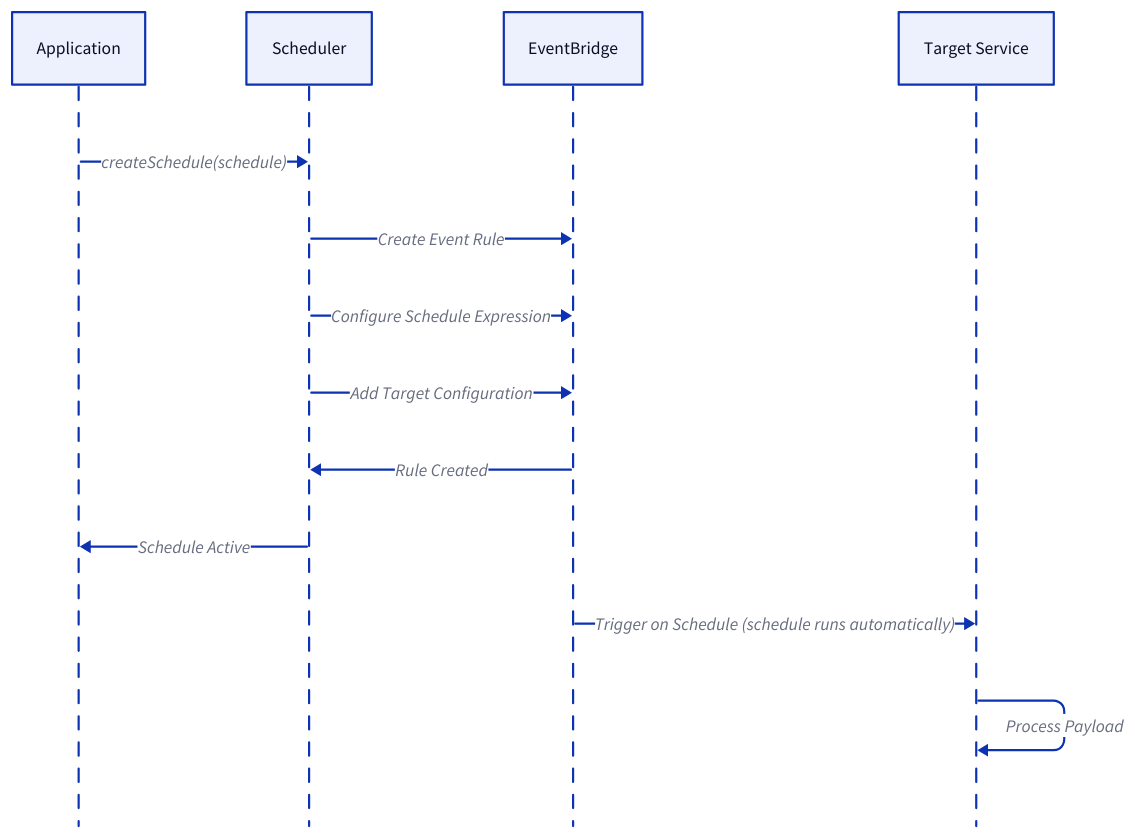
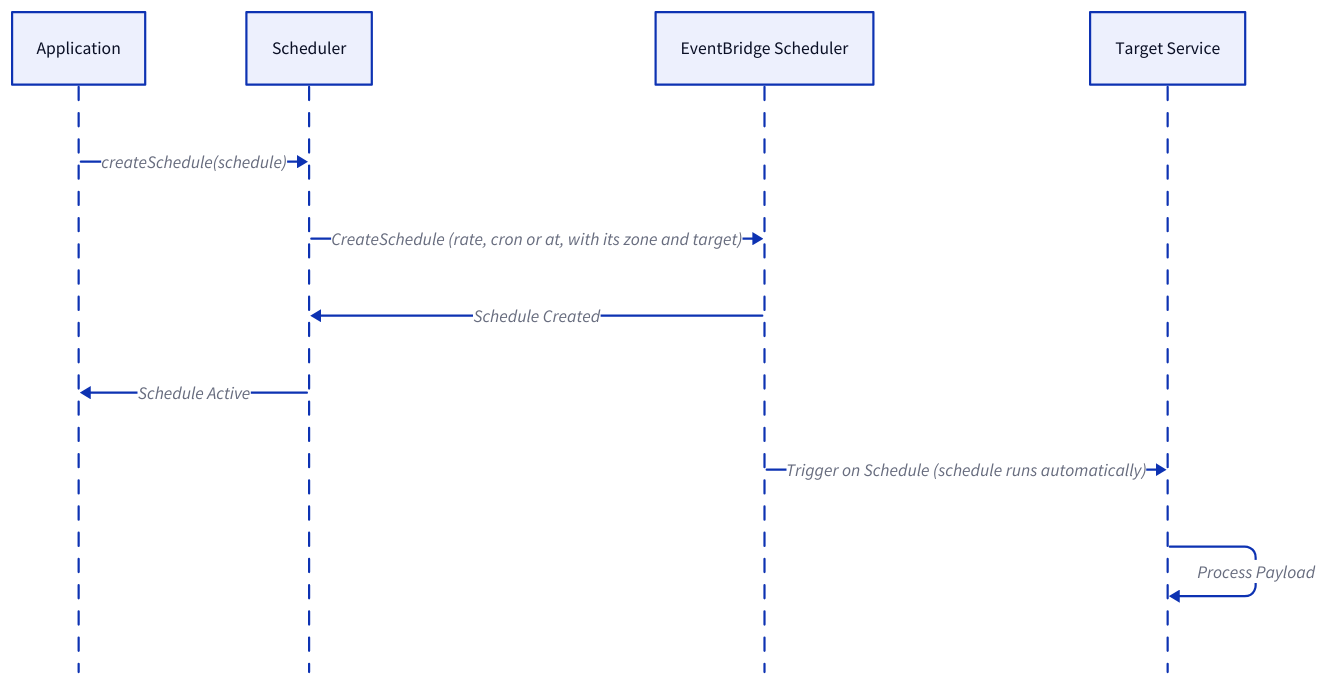
The second of 4 diagrams in packages/doc/docs-framework/runtime-components/scheduler.md (ReventlessDev/reventless-core), drawn with D2 before and after one commit. The commit also changed other lines of this file and 66 other files, not shown here.

First line of the commit message:
feat!: schedules take a Schedule.time, run on EventBridge Scheduler on AWS

````diff
--- a/packages/doc/docs-framework/runtime-components/scheduler.md
+++ b/packages/doc/docs-framework/runtime-components/scheduler.md
@@ -121,17 +141,15 @@
 ```d2
 shape: sequence_diagram
 
 App: Application { class: external-system }
 Sched: Scheduler { class: scheduler }
-CW: EventBridge { class: aws-service }
+CW: EventBridge Scheduler { class: aws-service }
 Target: Target Service { class: external-system }
 
 App -> Sched: "createSchedule(schedule)"
-Sched -> CW: Create Event Rule
-Sched -> CW: Configure Schedule Expression
-Sched -> CW: Add Target Configuration
-CW --> Sched: Rule Created
+Sched -> CW: "CreateSchedule (rate, cron or at, with its zone and target)"
+CW --> Sched: Schedule Created
 Sched --> App: Schedule Active
 CW -> Target: "Trigger on Schedule (schedule runs automatically)"
 Target -> Target: Process Payload
 ```
````
